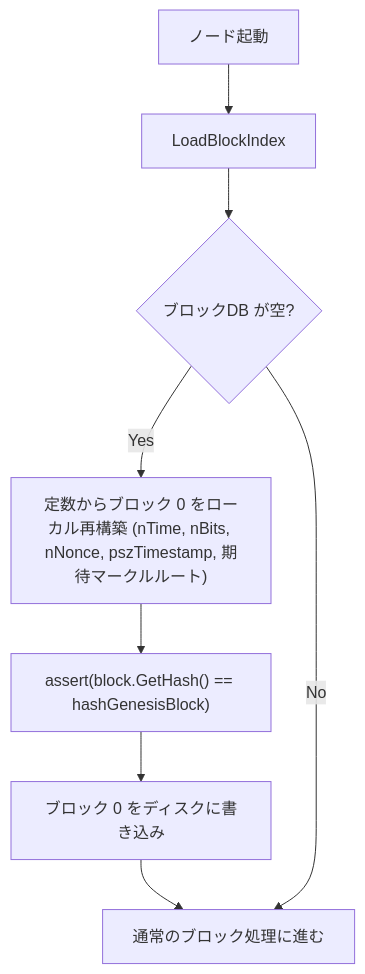
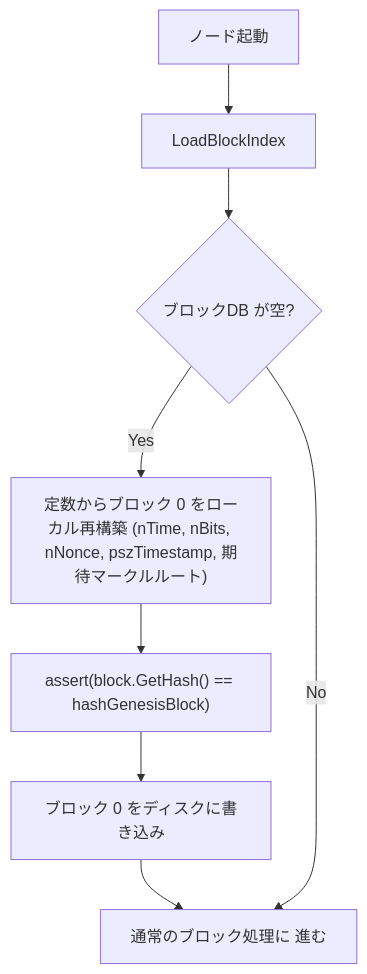
One commit to cypher256/BitcoinArchive changed the diagram in src/data/translations/ja/analysis/2009-01-03-genesis-block-hardcode-analysis.md. Above: the diagram before and after it, drawn with Mermaid. The commit also changed 29 other files, not shown here.

````diff
--- a/src/data/translations/ja/analysis/2009-01-03-genesis-block-hardcode-analysis.md
+++ b/src/data/translations/ja/analysis/2009-01-03-genesis-block-hardcode-analysis.md
@@ -94,10 +94,10 @@
 ```mermaid
 flowchart TD
     A["ノード起動"] --> B["LoadBlockIndex"]
     B --> C{"ブロックDB が空?"}
     C -->|Yes| D["定数からブロック 0 をローカル再構築 (nTime, nBits, nNonce, pszTimestamp, 期待マークルルート)"]
     D --> E["assert(block.GetHash() == hashGenesisBlock)"]
     E --> F["ブロック 0 をディスクに書き込み"]
-    F --> G["通常のブロック処理に進む"]
+    F --> G["通常のブロック処理に 進む"]
     C -->|No| G
 ```
````
